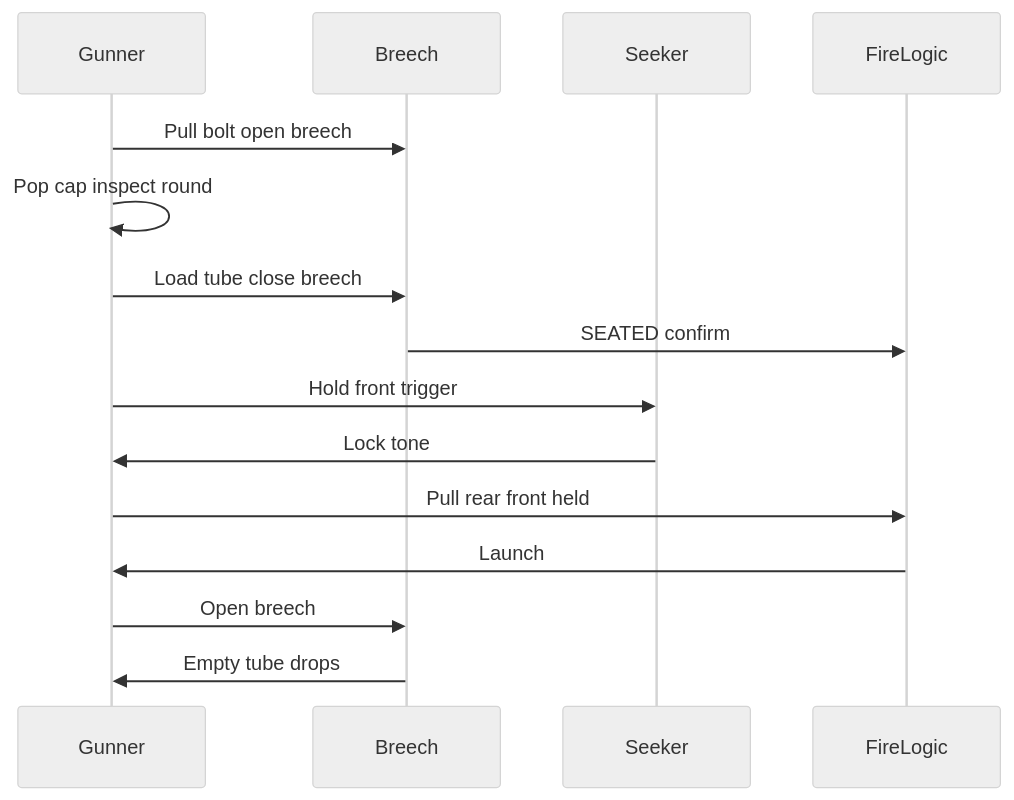
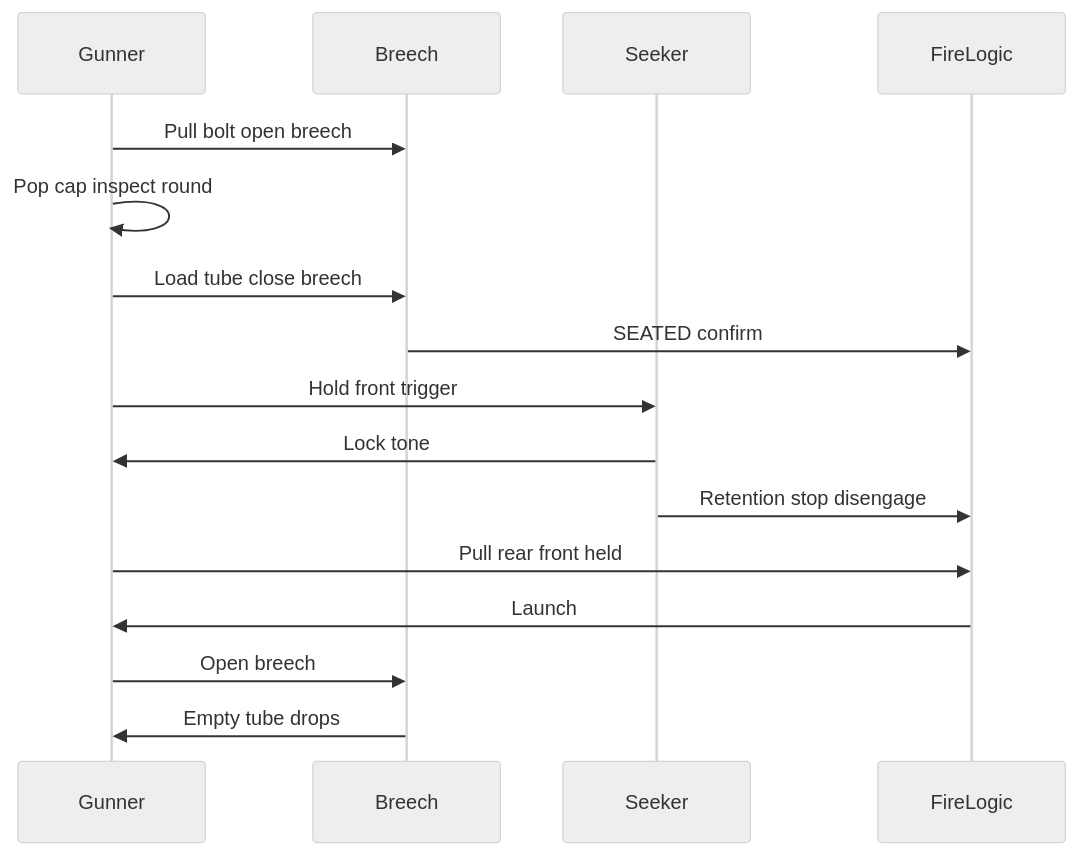
The second of 2 diagrams in annexes/F-employment-and-breech.md (FratresMedAI/RADR-mk.60), drawn with Mermaid (neutral theme) before and after one commit. The commit also changed other lines of this file and 23 other files, not shown here.

First line of the commit message:
RADR v1.0: retention stop, launcher concept, and safety interlocks.

````diff
--- a/annexes/F-employment-and-breech.md
+++ b/annexes/F-employment-and-breech.md
@@ -133,18 +154,19 @@
 ```mermaid
 sequenceDiagram
   participant G as Gunner
   participant B as Breech
   participant S as Seeker
   participant F as FireLogic
 
   G->>B: Pull bolt open breech
   G->>G: Pop cap inspect round
   G->>B: Load tube close breech
   B->>F: SEATED confirm
   G->>S: Hold front trigger
   S->>G: Lock tone
+  S->>F: Retention stop disengage
   G->>F: Pull rear front held
   F->>G: Launch
   G->>B: Open breech
   B->>G: Empty tube drops
 ```
````
